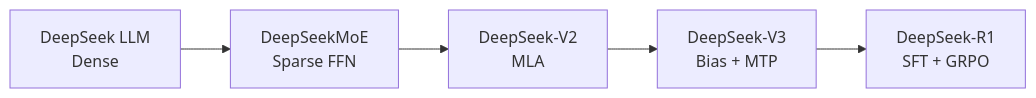
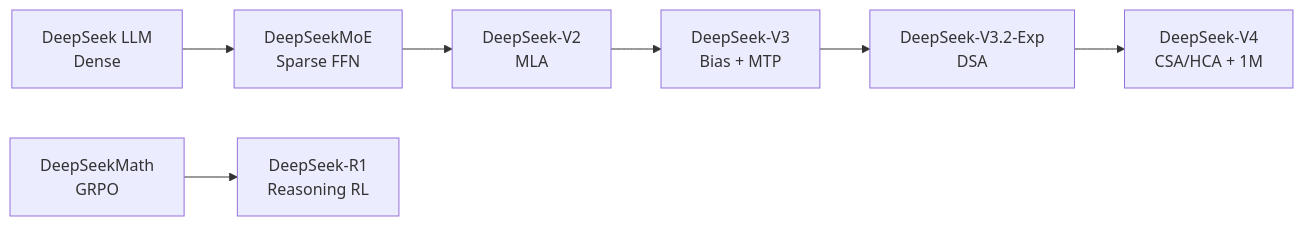
One commit to legend91019/TinySeek-Lab changed the first of 2 diagrams in README.md. Above: the diagram before and after it, drawn with Mermaid. The commit also changed other lines of this file and 18 other files, not shown here.

Commit message:
docs: add V3.2 V4 and DeepSeekMath tutorials

````diff
--- a/README.md
+++ b/README.md
@@ -97,7 +97,9 @@
 ```mermaid
 flowchart LR
   A["DeepSeek LLM<br/>Dense"] --> B["DeepSeekMoE<br/>Sparse FFN"]
   B --> C["DeepSeek-V2<br/>MLA"]
   C --> D["DeepSeek-V3<br/>Bias + MTP"]
-  D --> E["DeepSeek-R1<br/>SFT + GRPO"]
+  D --> E["DeepSeek-V3.2-Exp<br/>DSA"]
+  E --> F["DeepSeek-V4<br/>CSA/HCA + 1M"]
+  M["DeepSeekMath<br/>GRPO"] --> N["DeepSeek-R1<br/>Reasoning RL"]
 ```
````
